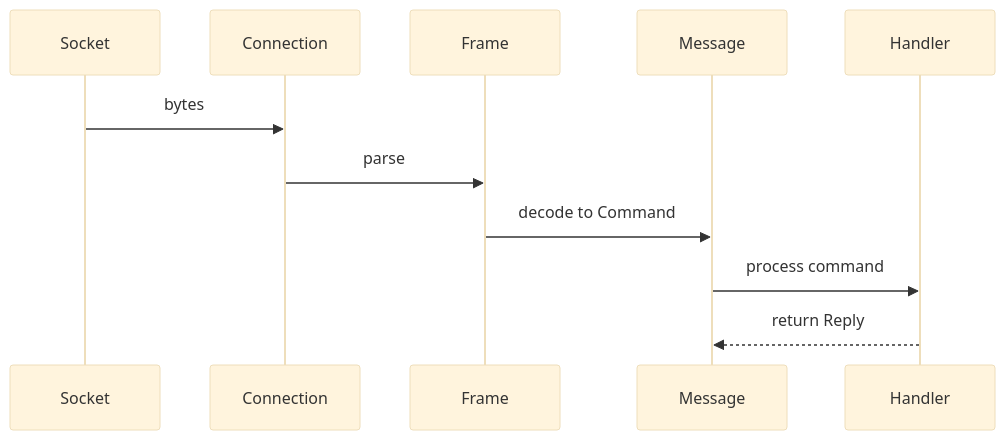
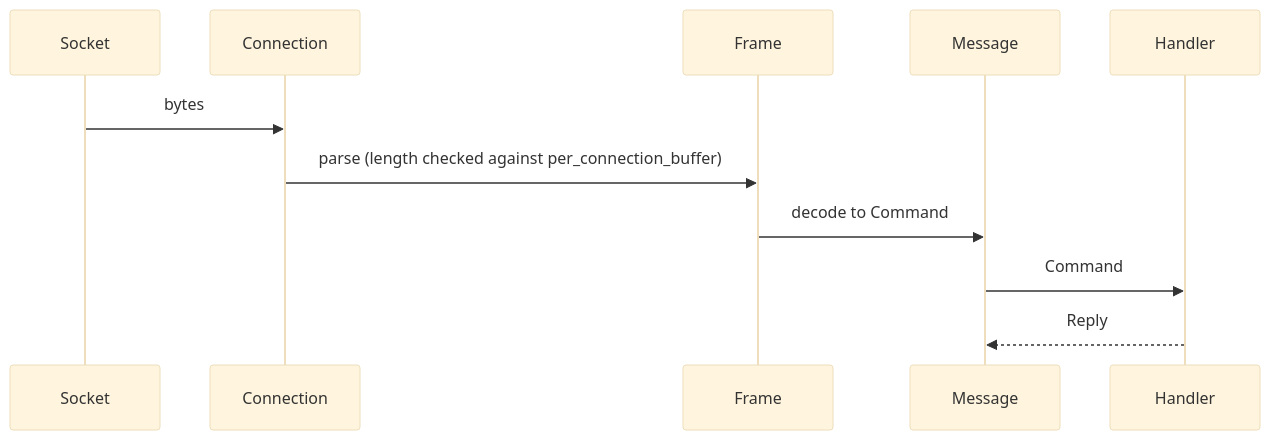
The third of 7 diagrams in docs/reference/architecture.md (photom/rust-milter), drawn with Mermaid (base theme) before and after one commit. The commit also changed other lines of this file and 13 other files, not shown here.

````diff
--- a/docs/reference/architecture.md
+++ b/docs/reference/architecture.md
@@ -196,14 +226,14 @@
 ```mermaid
 sequenceDiagram
     participant Socket
     participant Connection
     participant Frame
     participant Message
     participant Handler
 
     Socket->>Connection: bytes
-    Connection->>Frame: parse
+    Connection->>Frame: parse (length checked against per_connection_buffer)
     Frame->>Message: decode to Command
-    Message->>Handler: process command
-    Handler-->>Message: return Reply
+    Message->>Handler: Command
+    Handler-->>Message: Reply
 ```
````
